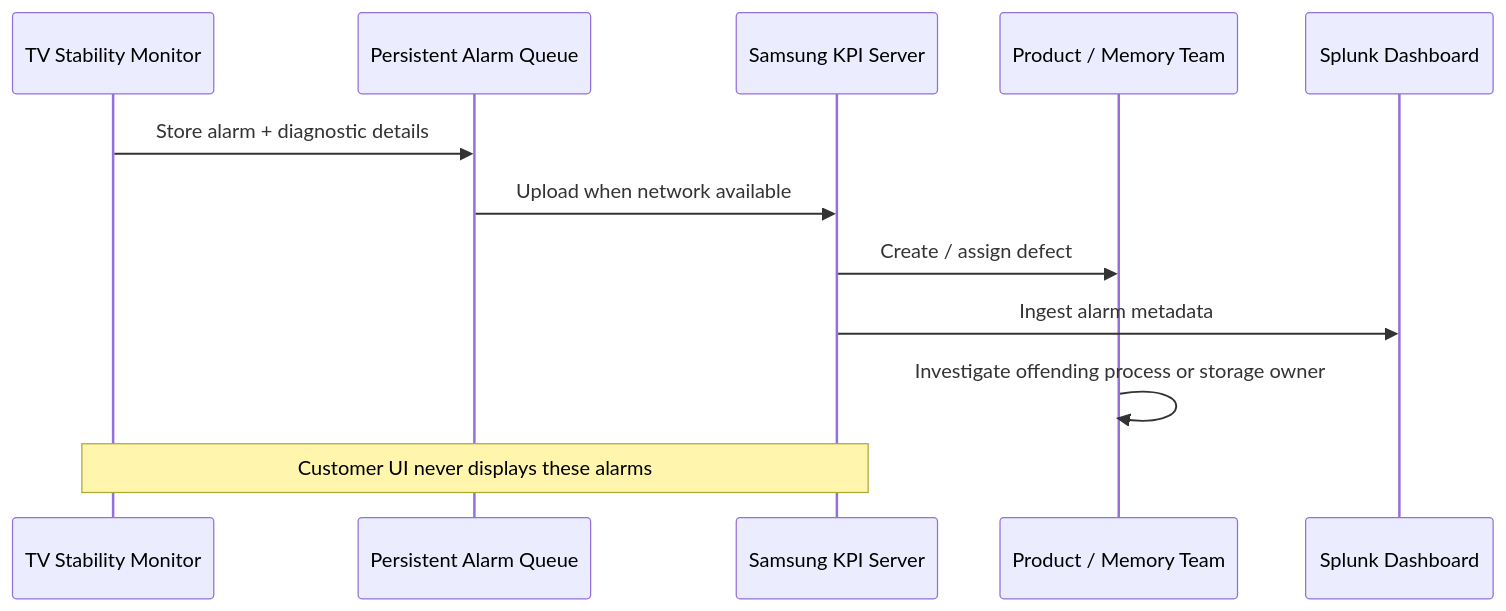
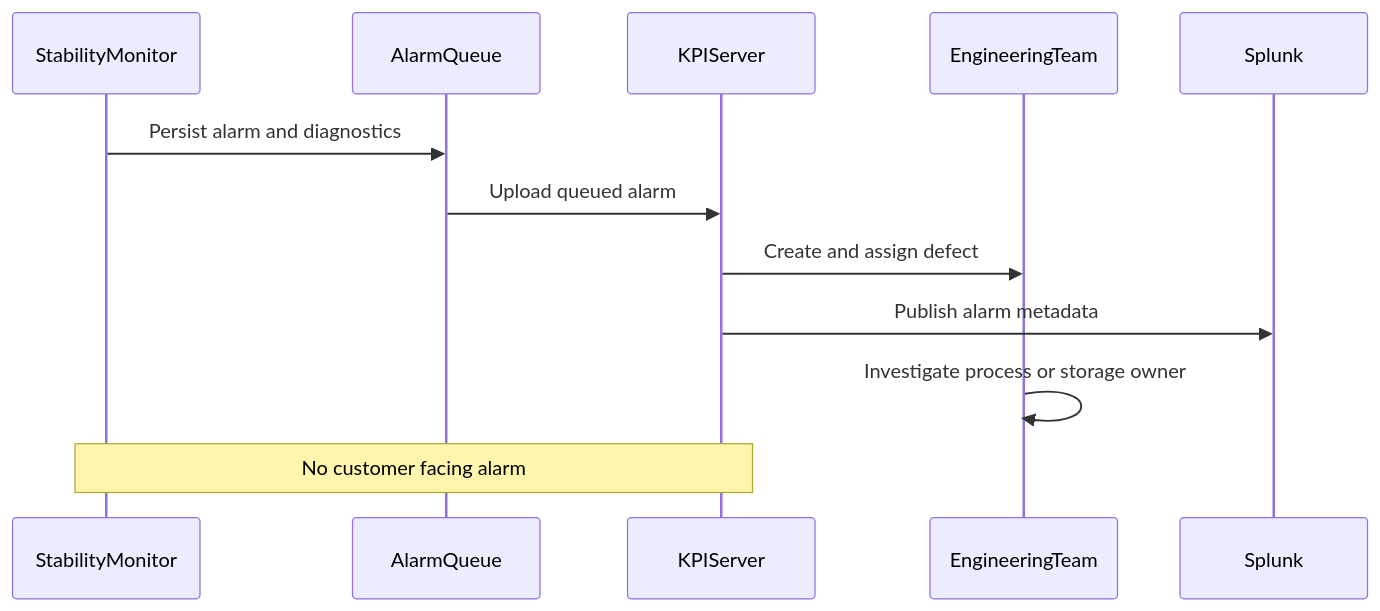
The eighth of 8 diagrams in Interview-Questions/PROJECTS-MS-IBM-SAMSUNG/stability-monitor/README.md (gaurav1kr/Miscellaneous), drawn with Mermaid before and after one commit. The commit also changed other lines of this file and 1 other file, not shown here.

Commit message:
Samsung stability

````diff
--- a/Interview-Questions/PROJECTS-MS-IBM-SAMSUNG/stability-monitor/README.md
+++ b/Interview-Questions/PROJECTS-MS-IBM-SAMSUNG/stability-monitor/README.md
@@ -355,14 +357,14 @@
 ```mermaid
 sequenceDiagram
-    participant TV as TV Stability Monitor
-    participant Queue as Persistent Alarm Queue
-    participant KPI as Samsung KPI Server
-    participant Team as Product / Memory Team
-    participant Splunk as Splunk Dashboard
-    TV->>Queue: Store alarm + diagnostic details
-    Queue->>KPI: Upload when network available
-    KPI->>Team: Create / assign defect
-    KPI->>Splunk: Ingest alarm metadata
-    Team->>Team: Investigate offending process or storage owner
-    Note over TV,KPI: Customer UI never displays these alarms
+    participant TV as StabilityMonitor
+    participant Q as AlarmQueue
+    participant KPI as KPIServer
+    participant Team as EngineeringTeam
+    participant Dash as Splunk
+    TV->>Q: Persist alarm and diagnostics
+    Q->>KPI: Upload queued alarm
+    KPI->>Team: Create and assign defect
+    KPI->>Dash: Publish alarm metadata
+    Team->>Team: Investigate process or storage owner
+    Note over TV,KPI: No customer facing alarm
 ```
````
